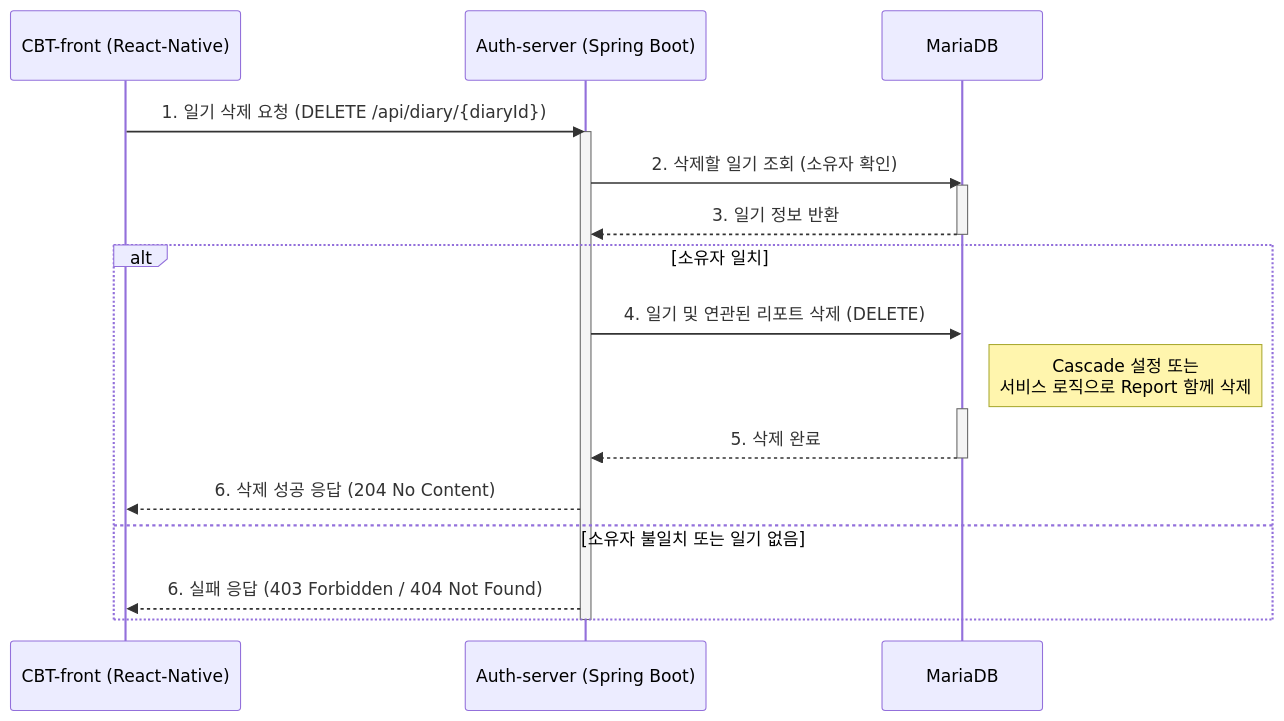
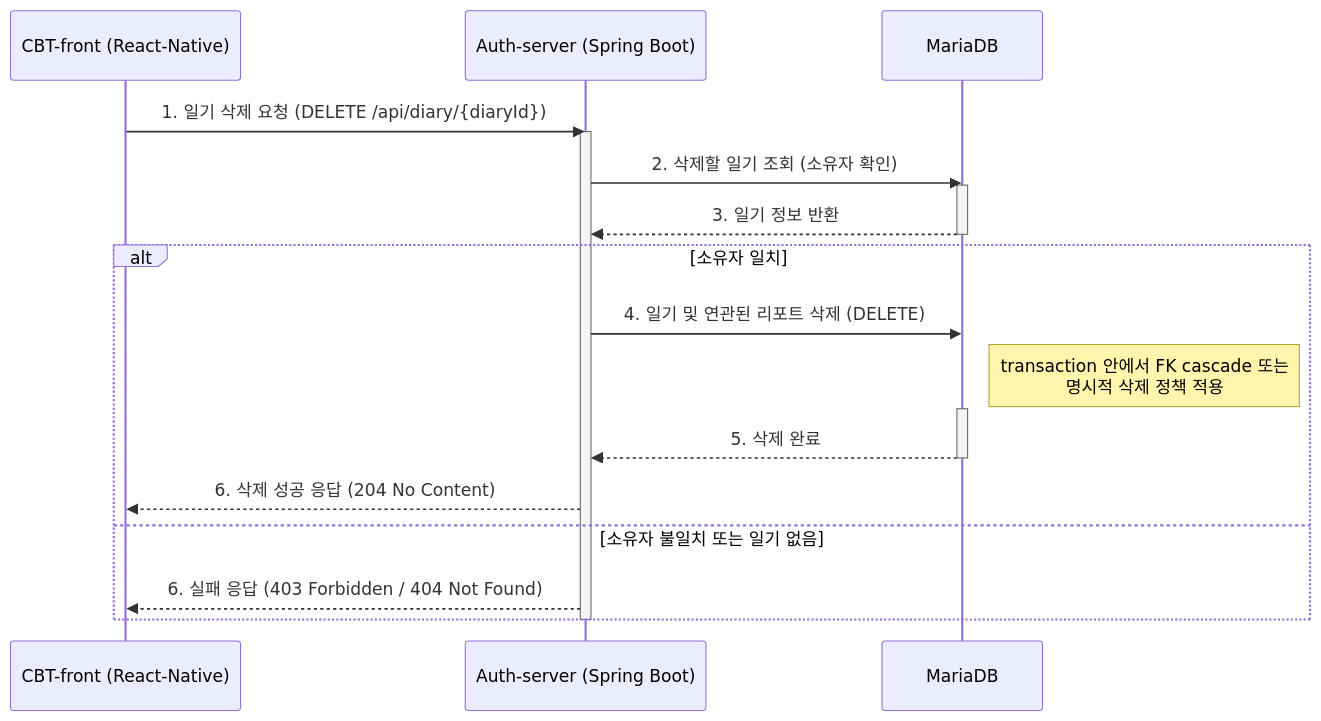
The seventh of 9 diagrams in content/docs/projects/cbt-system.md (choisimo/document), drawn with Mermaid before and after one commit. The commit also changed other lines of this file and 504 other files, not shown here.

````diff
--- a/content/docs/projects/cbt-system.md
+++ b/content/docs/projects/cbt-system.md
@@ -207,27 +222,27 @@
 ```mermaid
 sequenceDiagram
     participant Client as CBT-front (React-Native)
     participant AuthServer as Auth-server (Spring Boot)
     participant Database as MariaDB
 
     Client->>AuthServer: 1. 일기 삭제 요청 (DELETE /api/diary/{diaryId})
     activate AuthServer
 
     AuthServer->>Database: 2. 삭제할 일기 조회 (소유자 확인)
     activate Database
     Database-->>AuthServer: 3. 일기 정보 반환
     deactivate Database
 
     alt 소유자 일치
         AuthServer->>Database: 4. 일기 및 연관된 리포트 삭제 (DELETE)
-        note right of Database: Cascade 설정 또는<br>서비스 로직으로 Report 함께 삭제
+        note right of Database: transaction 안에서 FK cascade 또는<br>명시적 삭제 정책 적용
         activate Database
         Database-->>AuthServer: 5. 삭제 완료
         deactivate Database
 
         AuthServer-->>Client: 6. 삭제 성공 응답 (204 No Content)
     else 소유자 불일치 또는 일기 없음
         AuthServer-->>Client: 6. 실패 응답 (403 Forbidden / 404 Not Found)
     end
     deactivate AuthServer
 ```
````
